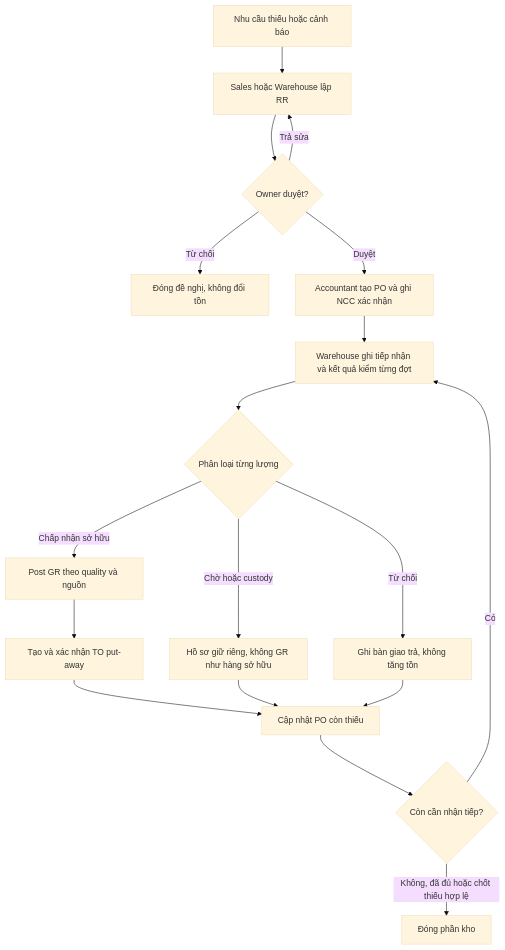
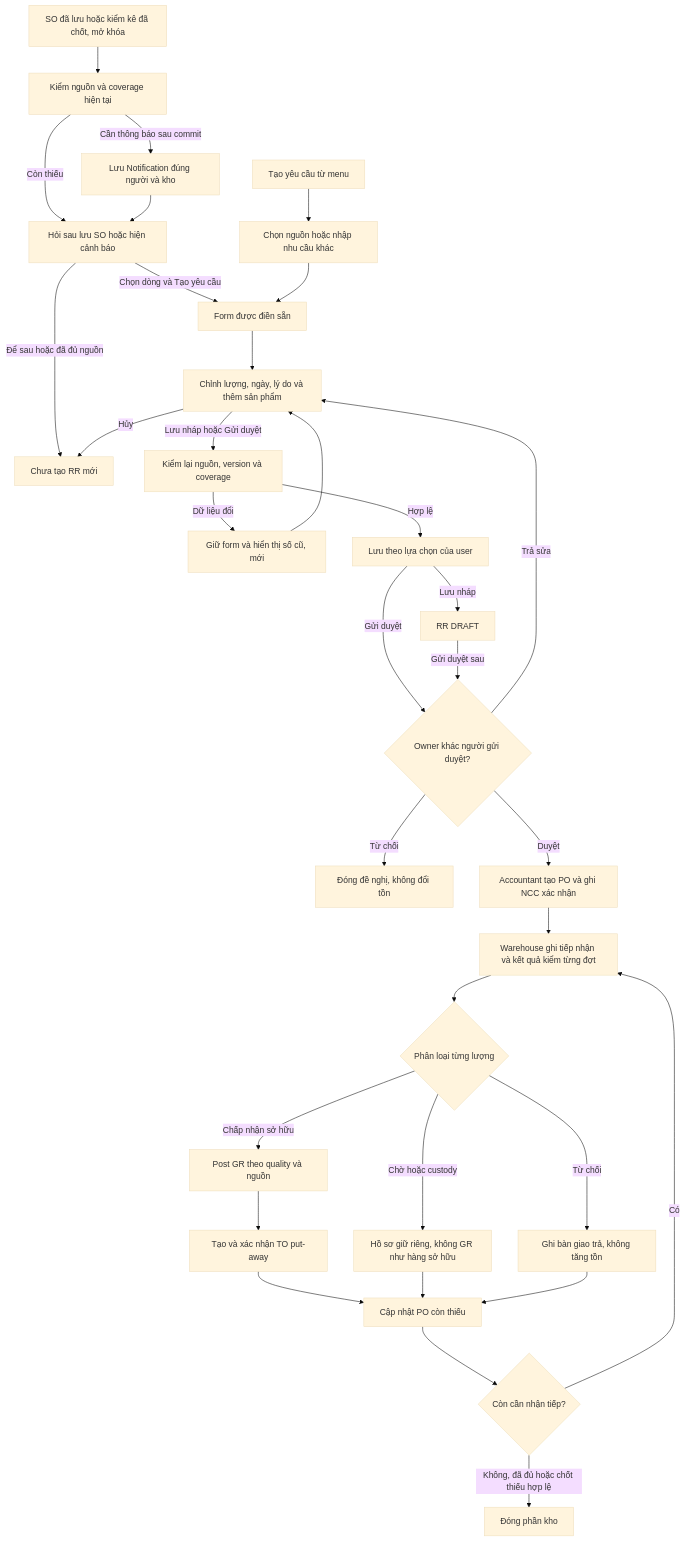
Before and after one commit to minhoa2005/building-material-management: the second of 9 diagrams in git_doc/docs/02_nghiep_vu/de_xuat_quy_trinh_2_VI.md, drawn with Mermaid (base theme). The commit also changed other lines of this file and 37 other files, not shown here.

````diff
--- a/git_doc/docs/02_nghiep_vu/de_xuat_quy_trinh_2_VI.md
+++ b/git_doc/docs/02_nghiep_vu/de_xuat_quy_trinh_2_VI.md
@@ -674,21 +702,36 @@
 ```mermaid
-%% WMSD business baseline 3.1.0 - synchronized 2026-10-25
+%% WMSD business baseline 3.3.0 - synchronized 2026-10-27
 flowchart TD
- A[Nhu cầu thiếu hoặc cảnh báo] --> B[Sales hoặc Warehouse lập RR]
- B --> C{Owner duyệt?}
- C -->|Trả sửa| B
+ A[SO đã lưu hoặc kiểm kê đã chốt, mở khóa] --> EVAL[Kiểm nguồn và coverage hiện tại]
+ EVAL -->|Còn thiếu| OPEN[Hỏi sau lưu SO hoặc hiện cảnh báo]
+ EVAL -->|Cần thông báo sau commit| NOTICE[Lưu Notification đúng người và kho]
+ NOTICE --> OPEN
+ OPEN -->|Chọn dòng và Tạo yêu cầu| FORM[Form được điền sẵn]
+ OPEN -->|Để sau hoặc đã đủ nguồn| WAIT[Chưa tạo RR mới]
+ MENU[Tạo yêu cầu từ menu] --> SOURCE[Chọn nguồn hoặc nhập nhu cầu khác]
+ SOURCE --> FORM
+ FORM --> EDIT[Chỉnh lượng, ngày, lý do và thêm sản phẩm]
+ EDIT -->|Hủy| WAIT
+ EDIT -->|Lưu nháp hoặc Gửi duyệt| CHECK[Kiểm lại nguồn, version và coverage]
+ CHECK -->|Dữ liệu đổi| REVIEW[Giữ form và hiển thị số cũ, mới]
+ REVIEW --> EDIT
+ CHECK -->|Hợp lệ| B[Lưu theo lựa chọn của user]
+ B -->|Lưu nháp| DRAFT[RR DRAFT]
+ B -->|Gửi duyệt| C{Owner khác người gửi duyệt?}
+ DRAFT -->|Gửi duyệt sau| C
+ C -->|Trả sửa| EDIT
  C -->|Từ chối| Z[Đóng đề nghị, không đổi tồn]
  C -->|Duyệt| D[Accountant tạo PO và ghi NCC xác nhận]
  D --> E[Warehouse ghi tiếp nhận và kết quả kiểm từng đợt]
  E --> F{Phân loại từng lượng}
  F -->|Chấp nhận sở hữu| G[Post GR theo quality và nguồn]
  F -->|Chờ hoặc custody| H[Hồ sơ giữ riêng, không GR như hàng sở hữu]
  F -->|Từ chối| I[Ghi bàn giao trả, không tăng tồn]
  G --> T[Tạo và xác nhận TO put-away]
  T --> J[Cập nhật PO còn thiếu]
  H --> J
  I --> J
  J --> K{Còn cần nhận tiếp?}
  K -->|Có| E
  K -->|Không, đã đủ hoặc chốt thiếu hợp lệ| L[Đóng phần kho]
 ```
````
